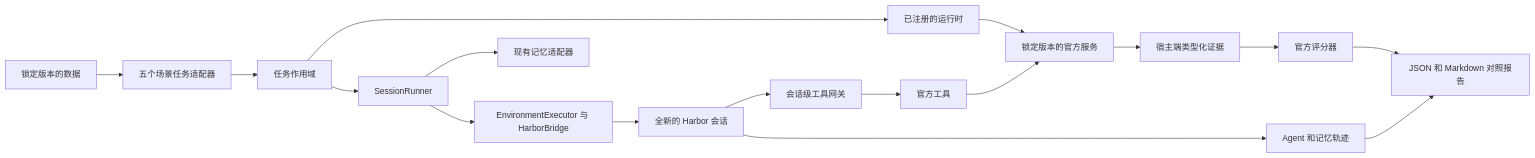
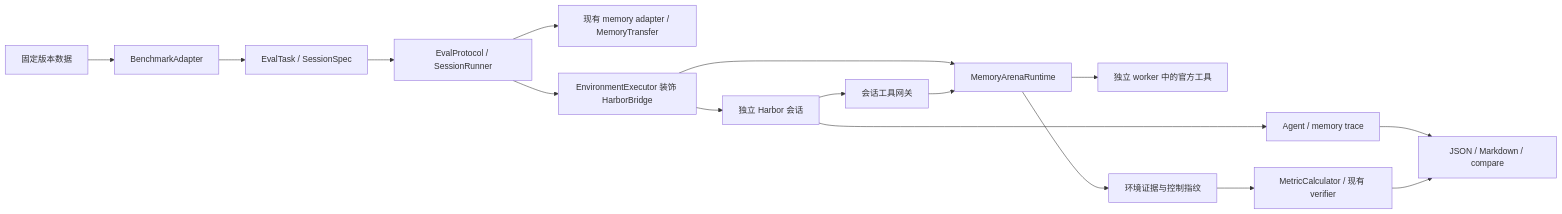
The diagram in docs/datasets/memoryarena/README.md (Postroggy/dumemeval), drawn with Mermaid before and after one commit. The commit also changed other lines of this file and 36 other files, not shown here.

Commit message:
docs: consolidate MemoryArena issue 4 acceptance materials

````diff
--- a/docs/datasets/memoryarena/README.md
+++ b/docs/datasets/memoryarena/README.md
@@ -28,14 +26,16 @@
 ```mermaid
 flowchart LR
-    Data[锁定版本的数据] --> Adapter[五个场景任务适配器] --> Scope[任务作用域]
-    Scope --> Runtime[已注册的运行时] --> Service[锁定版本的官方服务]
-    Scope --> Runner[SessionRunner]
-    Runner --> Memory[现有记忆适配器]
-    Runner --> Executor[EnvironmentExecutor 与 HarborBridge]
-    Executor --> Agent[全新的 Harbor 会话]
-    Agent --> Gateway[会话级工具网关] --> Tools[官方工具] --> Service
-    Service --> Evidence[宿主端类型化证据] --> Metrics[官方评分器]
-    Agent --> Traces[Agent 和记忆轨迹]
-    Metrics --> Reports[JSON 和 Markdown 对照报告]
-    Traces --> Reports
+    Data[固定版本数据] --> Adapter[BenchmarkAdapter] --> Task[EvalTask / SessionSpec]
+    Task --> Runner[EvalProtocol / SessionRunner]
+    Runner --> Memory[现有 memory adapter / MemoryTransfer]
+    Runner --> Executor[EnvironmentExecutor 装饰 HarborBridge]
+    Executor --> Agent[独立 Harbor 会话]
+    Executor --> Runtime[MemoryArenaRuntime]
+    Agent --> Gateway[会话工具网关] --> Runtime
+    Runtime --> Official[独立 worker 中的官方工具]
+    Runtime --> Evidence[环境证据与控制指纹]
+    Agent --> Trace[Agent / memory trace]
+    Evidence --> Scoring[MetricCalculator / 现有 verifier]
+    Trace --> Report[JSON / Markdown / compare]
+    Scoring --> Report
 ```
````
